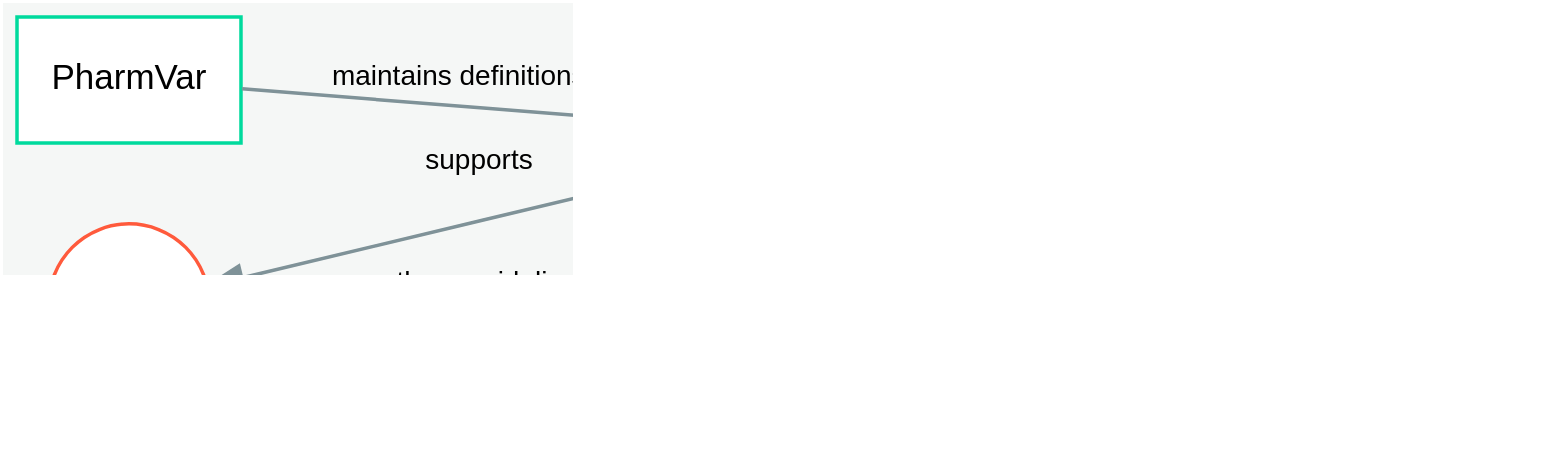
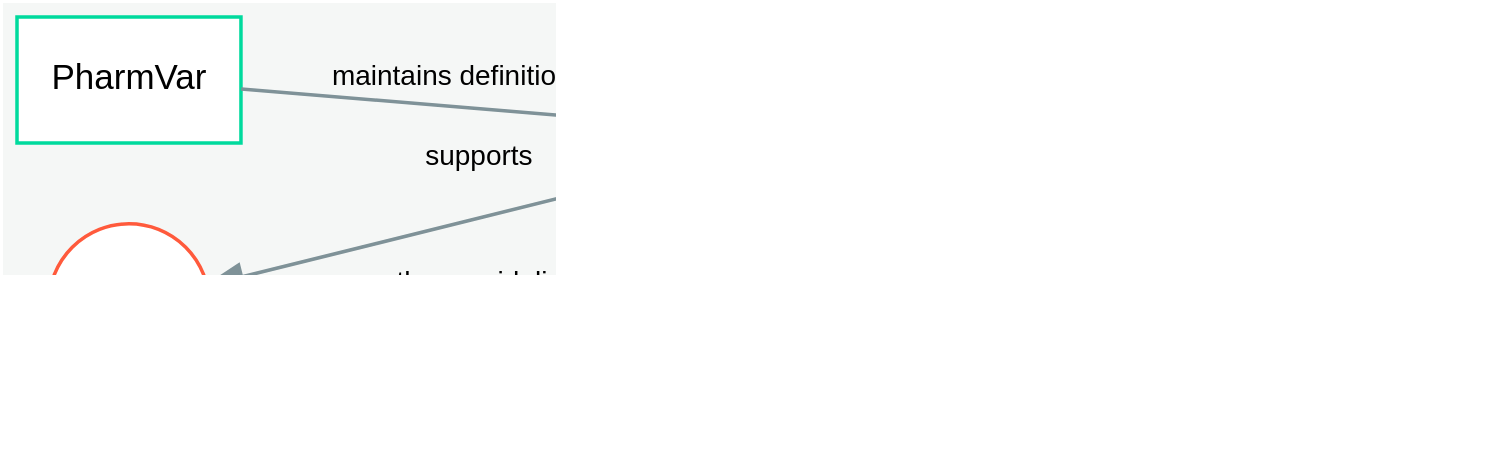
Before and after one commit to cpicpgx/cpic-data: the diagram in src/main/design/diagram/relationships/diagram.dot, drawn with Graphviz. The commit also changed 22 other files, not shown here.

Commit message:
feat: convert PharmGKB references to ClinPGx

```diff
--- a/src/main/design/diagram/relationships/diagram.dot
+++ b/src/main/design/diagram/relationships/diagram.dot
@@ -1,24 +1,24 @@
 digraph group_relationships {
 
     graph [overlap = true, fontsize = 10, bgcolor="#f5f7f6", rankdir=LR, dpi=200]
     
     node [shape=circle, fontname = Helvetica, color="#ff5a3c", style=filled, fillcolor="white", fontsize = 10]
     cpic [label="CPIC"];
 
     
     node [shape=box, color="#00da9d"];
-    pgkb [label = "PharmGKB"];
+    cpgx [label = "ClinPGx"];
     pharmvar [label = "PharmVar"]; 
     clinvar [label = "ClinVar"]; 
     clingen [label = "ClinGen"];
     pharmcat [label = "PharmCAT"];
     
     edge [color = "#", fontname = Helvetica, fontsize=8, color="#7f9298", labelfontcolor="#0d404e", labeljust=r]
-    pgkb->cpic [label = "supports"]
-    cpic->pgkb [label = "authors guidelines"]
-    pgkb->pharmcat [label = "maintains"]
-    pgkb->clinvar [label = "publishes to"]
+    cpgx->cpic [label = "supports"]
+    cpic->cpgx [label = "authors guidelines"]
+    cpgx->pharmcat [label = "maintains"]
+    cpgx->clinvar [label = "publishes to"]
     cpic->clinvar [label = "publishes to"]
     clingen->clinvar [label = "curates data from"]
-    pharmvar->pgkb [label = "maintains definitions for"]
+    pharmvar->cpgx [label = "maintains definitions for"]
 }
```
